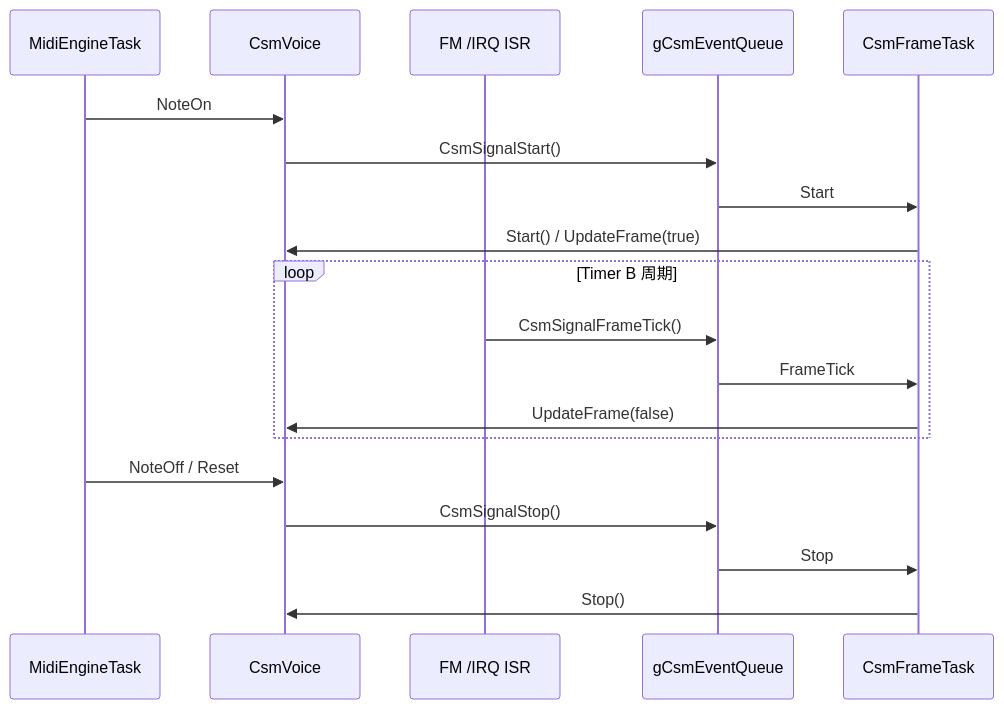
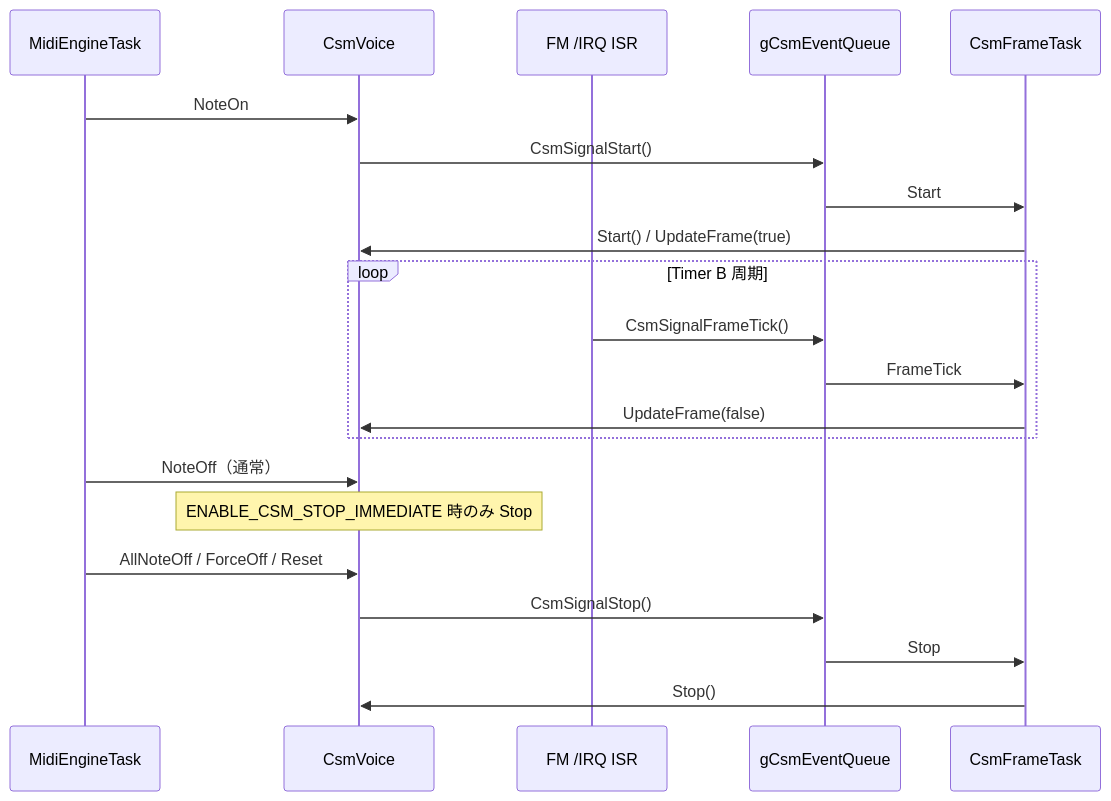
The diagram in doc/design_csm_frame.md (46nori/FMSynthEnsembleV3), drawn with Mermaid before and after one commit. The commit also changed other lines of this file and 6 other files, not shown here.

First line of the commit message:
fix: All Sound Off と通常 NoteOff の CSM 停止経路を分離する (#47)

````diff
--- a/doc/design_csm_frame.md
+++ b/doc/design_csm_frame.md
@@ -89,22 +89,24 @@
 ```mermaid
 sequenceDiagram
     participant ENGINE as MidiEngineTask
     participant VOICE as CsmVoice
     participant ISR as FM /IRQ ISR
     participant Q as gCsmEventQueue
     participant TASK as CsmFrameTask
 
     ENGINE->>VOICE: NoteOn
     VOICE->>Q: CsmSignalStart()
     Q->>TASK: Start
     TASK->>VOICE: Start() / UpdateFrame(true)
     loop Timer B 周期
         ISR->>Q: CsmSignalFrameTick()
         Q->>TASK: FrameTick
         TASK->>VOICE: UpdateFrame(false)
     end
-    ENGINE->>VOICE: NoteOff / Reset
+    ENGINE->>VOICE: NoteOff（通常）
+    Note over VOICE: ENABLE_CSM_STOP_IMMEDIATE 時のみ Stop
+    ENGINE->>VOICE: AllNoteOff / ForceOff / Reset
     VOICE->>Q: CsmSignalStop()
     Q->>TASK: Stop
     TASK->>VOICE: Stop()
 ```
````
